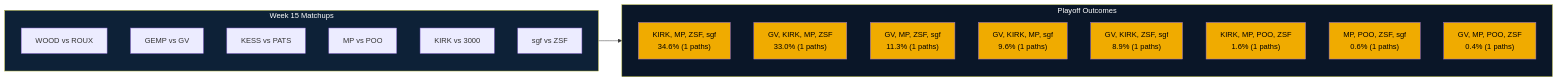
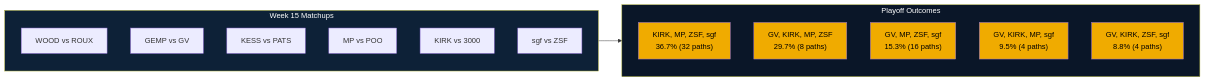
Before and after one commit to themp731/Skattebot: the diagram in power_rankings_analysis.md, drawn with Mermaid. The commit also changed other lines of this file and 15 other files, not shown here.

````diff
--- a/power_rankings_analysis.md
+++ b/power_rankings_analysis.md
@@ -126,35 +126,29 @@
 ```mermaid
 flowchart LR
     subgraph MATCHUPS["Week 15 Matchups"]
         M0["WOOD vs ROUX"]
         M1["GEMP vs GV"]
         M2["KESS vs PATS"]
         M3["MP vs POO"]
         M4["KIRK vs 3000"]
         M5["sgf vs ZSF"]
     end
 
     subgraph OUTCOMES["Playoff Outcomes"]
-        O0["KIRK, MP, ZSF, sgf<br/>34.6% (1 paths)"]
-        O1["GV, KIRK, MP, ZSF<br/>33.0% (1 paths)"]
-        O2["GV, MP, ZSF, sgf<br/>11.3% (1 paths)"]
-        O3["GV, KIRK, MP, sgf<br/>9.6% (1 paths)"]
-        O4["GV, KIRK, ZSF, sgf<br/>8.9% (1 paths)"]
-        O5["KIRK, MP, POO, ZSF<br/>1.6% (1 paths)"]
-        O6["MP, POO, ZSF, sgf<br/>0.6% (1 paths)"]
-        O7["GV, MP, POO, ZSF<br/>0.4% (1 paths)"]
+        O0["KIRK, MP, ZSF, sgf<br/>36.7% (32 paths)"]
+        O1["GV, KIRK, MP, ZSF<br/>29.7% (8 paths)"]
+        O2["GV, MP, ZSF, sgf<br/>15.3% (16 paths)"]
+        O3["GV, KIRK, MP, sgf<br/>9.5% (4 paths)"]
+        O4["GV, KIRK, ZSF, sgf<br/>8.8% (4 paths)"]
     end
 
     MATCHUPS --> OUTCOMES
 
     style O0 fill:#F0AB00,color:#000
     style O1 fill:#F0AB00,color:#000
     style O2 fill:#F0AB00,color:#000
     style O3 fill:#F0AB00,color:#000
     style O4 fill:#F0AB00,color:#000
-    style O5 fill:#F0AB00,color:#000
-    style O6 fill:#F0AB00,color:#000
-    style O7 fill:#F0AB00,color:#000
     style MATCHUPS fill:#0d2137,color:#fff
     style OUTCOMES fill:#0a1628,color:#fff
 ```
````
